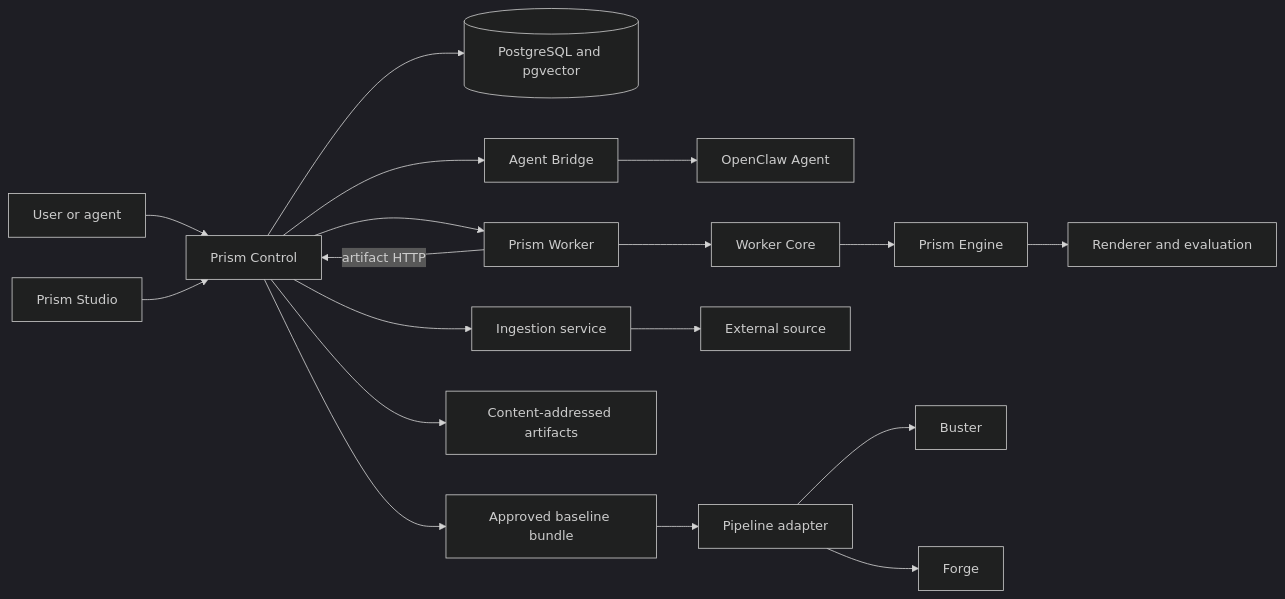
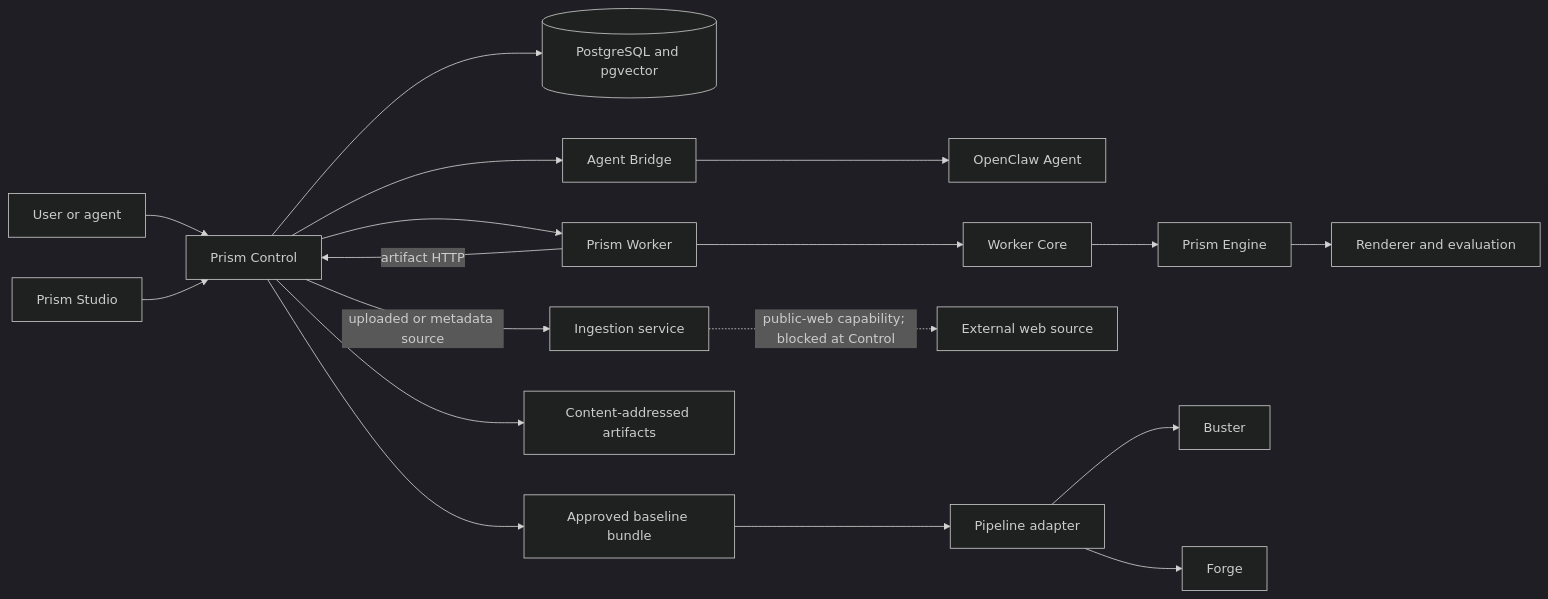
The diagram in docs/site/understand/prism.md (datrab/kubeclaw), drawn with Mermaid (dark theme) before and after one commit. The commit also changed other lines of this file and 8 other files, not shown here.

Commit message:
docs: disclose Prism public-web admission boundary and refresh indexes

````diff
--- a/docs/site/understand/prism.md
+++ b/docs/site/understand/prism.md
@@ -67,20 +67,20 @@
 ```mermaid
 flowchart LR
     User[User or agent] --> Control[Prism Control]
     Studio[Prism Studio] --> Control
     Control --> DB[(PostgreSQL and pgvector)]
     Control --> Agent[Agent Bridge]
     Agent --> OpenClaw[OpenClaw Agent]
     Control --> Worker[Prism Worker]
     Worker --> Core[Worker Core]
     Core --> Engine[Prism Engine]
     Engine --> Render[Renderer and evaluation]
-    Control --> Ingest[Ingestion service]
-    Ingest --> Source[External source]
+    Control -->|uploaded or metadata source| Ingest[Ingestion service]
+    Ingest -.->|public-web capability; blocked at Control| Source[External web source]
     Worker -->|artifact HTTP| Control
     Control --> Artifacts[Content-addressed artifacts]
     Control --> Baseline[Approved baseline bundle]
     Baseline --> Adapter[Pipeline adapter]
     Adapter --> Buster[Buster]
     Adapter --> Forge[Forge]
 ```
````
